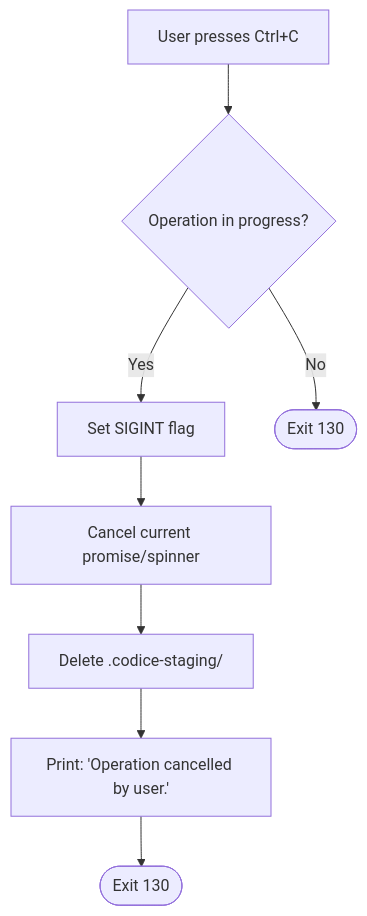
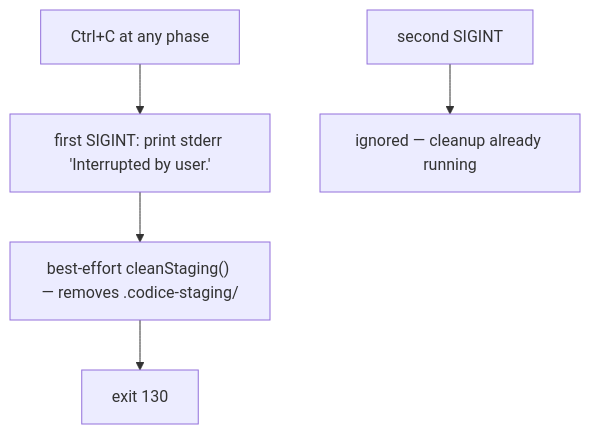
The fourth of 4 diagrams in specs/spec-cli-commands.md (Fisherk2/codice-opencode), drawn with Mermaid before and after one commit. The commit also changed other lines of this file and 88 other files, not shown here.

````diff
--- a/specs/spec-cli-commands.md
+++ b/specs/spec-cli-commands.md
@@ -292,11 +446,7 @@
 ```mermaid
 flowchart TD
-    A[User presses Ctrl+C] --> B{"Operation in progress?"}
-    B -->|Yes| C["Set SIGINT flag"]
-    C --> D["Cancel current promise/spinner"]
-    D --> E["Delete .codice-staging/"]
-    E --> F["Print: 'Operation cancelled by user.'"]
-    F --> G([Exit 130])
-    
-    B -->|No| H([Exit 130])
+    A[Ctrl+C at any phase] --> B["first SIGINT: print stderr 'Interrupted by user.'"]
+    B --> C["best-effort cleanStaging() — removes .codice-staging/"]
+    C --> D["exit 130"]
+    A2[second SIGINT] --> E[ignored — cleanup already running]
 ```
````
